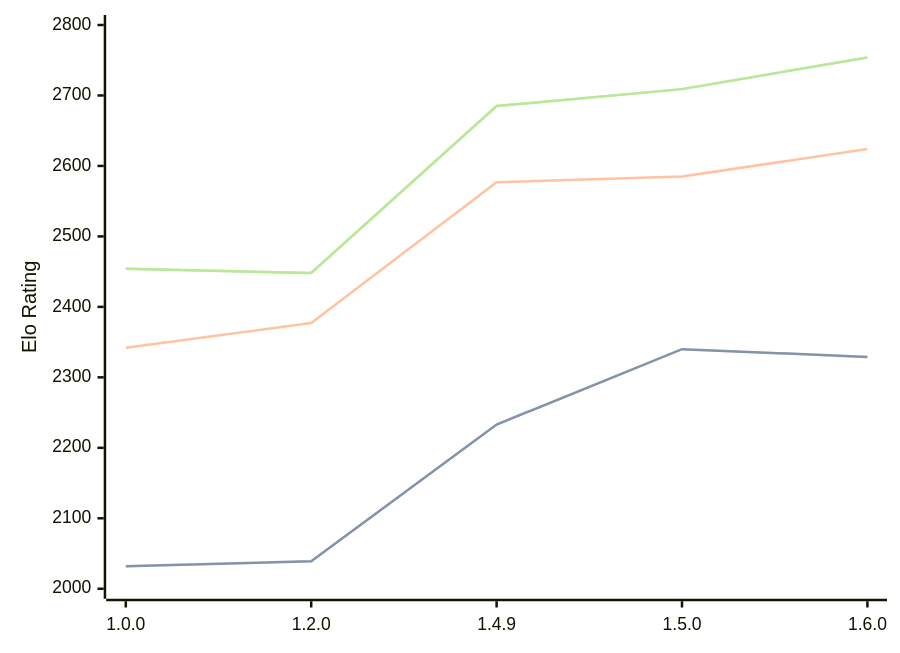
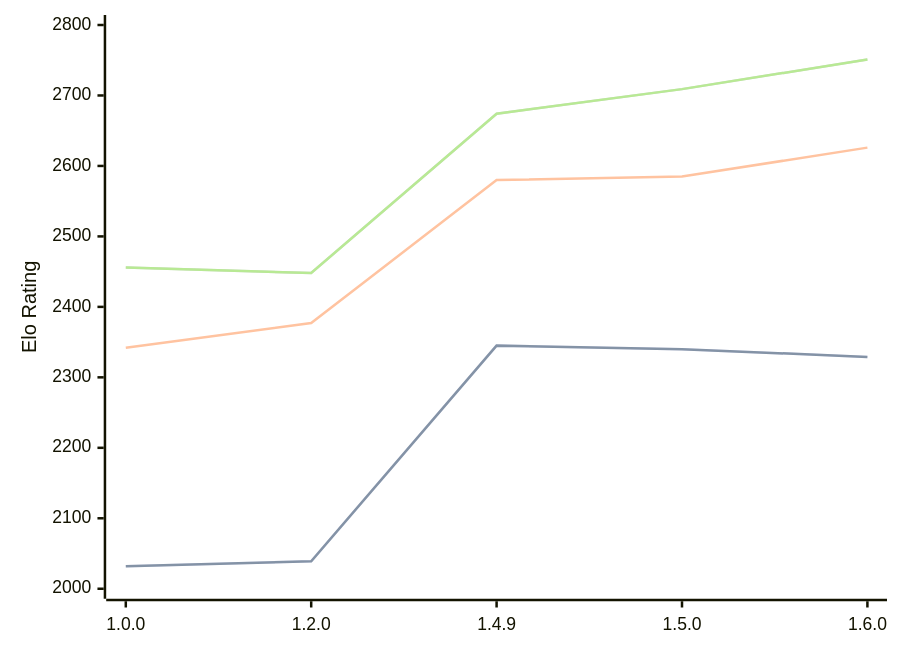
One commit to computer-chess-index/cci changed the first of 3 diagrams in engines/Basilisk.md. Above: the diagram before and after it, drawn with Mermaid. The commit also changed other lines of this file, not shown here.

Commit message:
Update CCI Ratings (ELO VLTC) - 2026-06-24

````diff
--- a/engines/Basilisk.md
+++ b/engines/Basilisk.md
@@ -49,11 +49,11 @@
 ```mermaid
 %%{init: {"theme":"base","themeVariables":{"seriesColors:['#a3a3a3','#222221','#faa371']}}}%%
 xychart-beta
   x-axis ["1.0.0", "1.2.0", "1.4.9", "1.5.0", "1.6.0"]
   y-axis "Elo Rating" 2000 --> 2800
-  line "STC (8.0+0.08s)" [2032, 2039, 2233, 2340, 2329]
-  line "STC (8.0+0.08s)" [2032, 2039, 2233, 2340, 2329]
-  line "LTC (60.0+0.60s)" [2342, 2377, 2577, 2585, 2624]
-  line "VLTC (2m24s+1.12s)" [2454, 2448, 2685, 2709, 2754]
-  line "VLTC (2m24s+1.12s)" [2454, 2448, 2685, 2709, 2754]
+  line "STC (8.0+0.08s)" [2032, 2039, 2345, 2340, 2329]
+  line "STC (8.0+0.08s)" [2032, 2039, 2345, 2340, 2329]
+  line "LTC (60.0+0.60s)" [2342, 2377, 2580, 2585, 2626]
+  line "VLTC (2m24s+1.12s)" [2456, 2448, 2674, 2709, 2751]
+  line "VLTC (2m24s+1.12s)" [2456, 2448, 2674, 2709, 2751]
 ```
````
